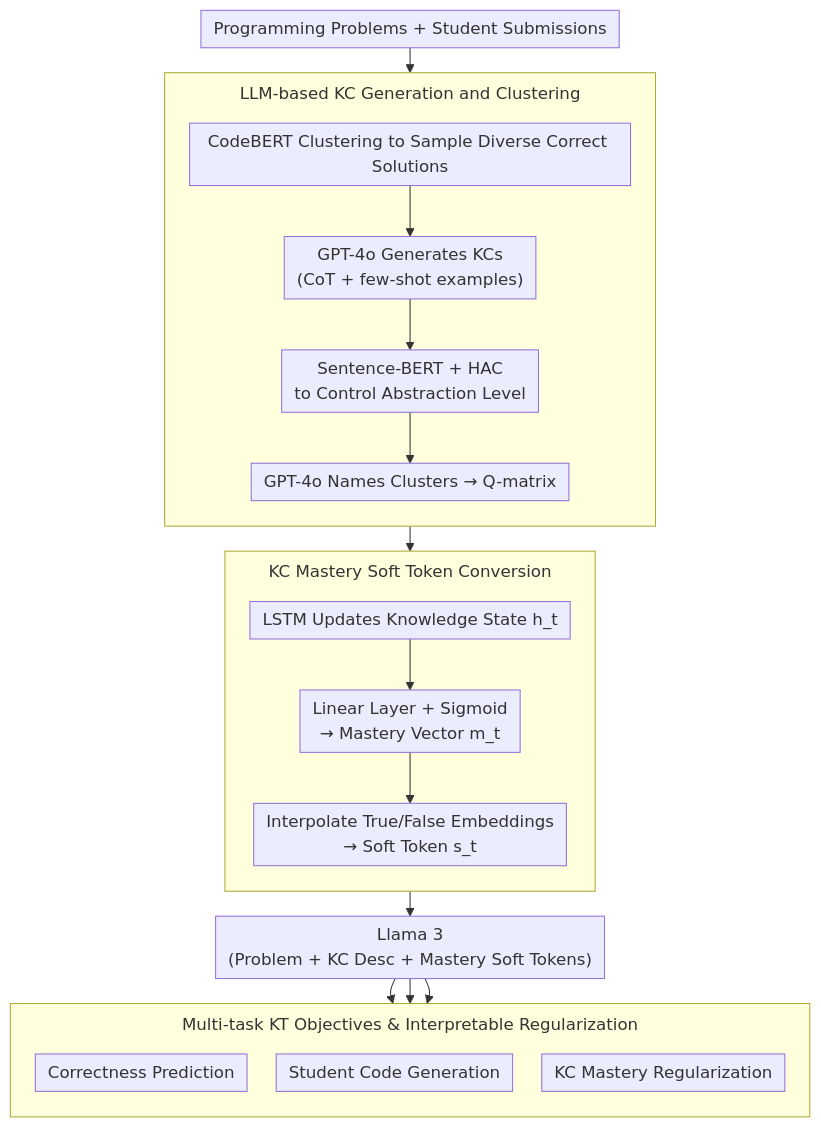
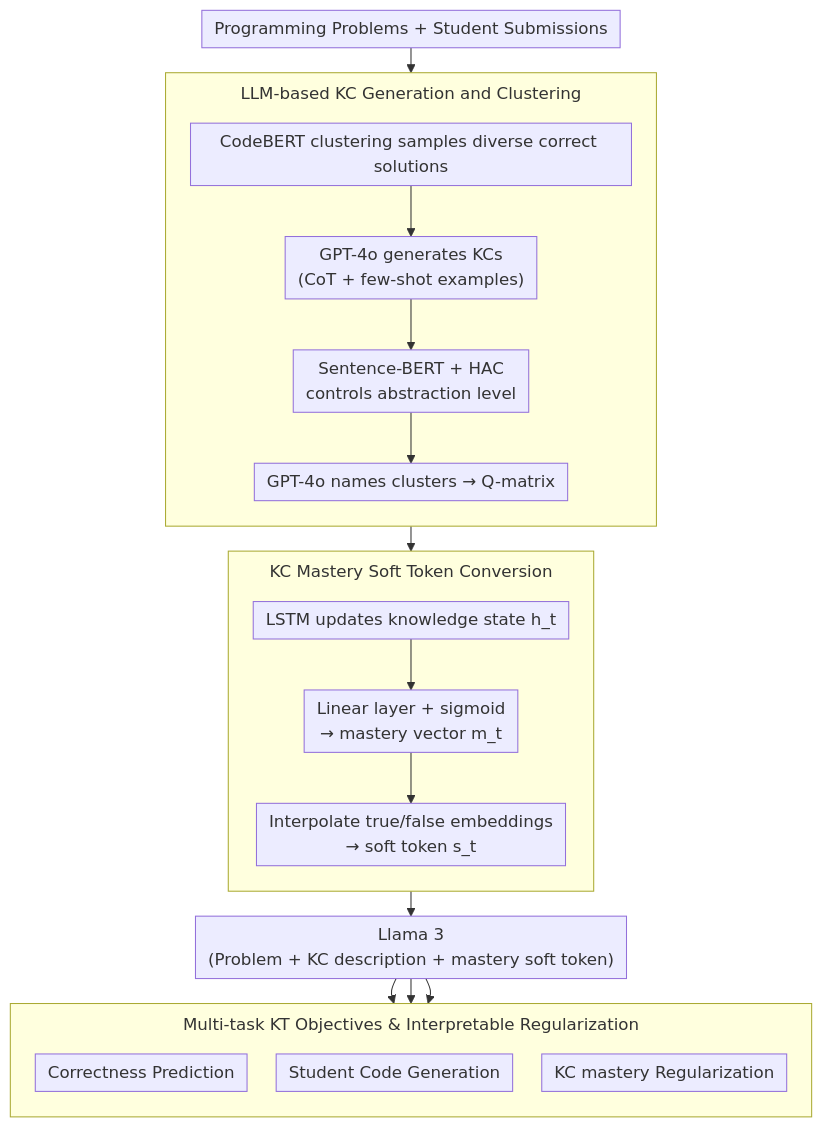
The diagram in docs/ACL2026/others/automated_knowledge_component_generation_for_interpretable_knowledge_tracing_in_.md (zhaoyang97/Paper-Notes-en), drawn with Mermaid before and after one commit. The commit also changed other lines of this file and 5084 other files, not shown here.

````diff
--- a/docs/ACL2026/others/automated_knowledge_component_generation_for_interpretable_knowledge_tracing_in_.md
+++ b/docs/ACL2026/others/automated_knowledge_component_generation_for_interpretable_knowledge_tracing_in_.md
@@ -44,27 +44,27 @@
 ```mermaid
 %%{init: {'flowchart': {'rankSpacing': 24, 'nodeSpacing': 28, 'padding': 6, 'wrappingWidth': 400, 'subGraphTitleMargin': {'top': 8, 'bottom': 16}}}}%%
 flowchart TD
     A["Programming Problems + Student Submissions"] --> S1
     subgraph S1["LLM-based KC Generation and Clustering"]
         direction TB
-        B["CodeBERT Clustering to Sample Diverse Correct Solutions"] --> C["GPT-4o Generates KCs<br/>(CoT + few-shot examples)"]
-        C --> D["Sentence-BERT + HAC<br/>to Control Abstraction Level"]
-        D --> E["GPT-4o Names Clusters → Q-matrix"]
+        B["CodeBERT clustering samples diverse correct solutions"] --> C["GPT-4o generates KCs<br/>(CoT + few-shot examples)"]
+        C --> D["Sentence-BERT + HAC<br/>controls abstraction level"]
+        D --> E["GPT-4o names clusters → Q-matrix"]
     end
     S1 --> S2
     subgraph S2["KC Mastery Soft Token Conversion"]
         direction TB
-        F["LSTM Updates Knowledge State h_t"] --> G["Linear Layer + Sigmoid<br/>→ Mastery Vector m_t"]
-        G --> H["Interpolate True/False Embeddings<br/>→ Soft Token s_t"]
+        F["LSTM updates knowledge state h_t"] --> G["Linear layer + sigmoid<br/>→ mastery vector m_t"]
+        G --> H["Interpolate true/false embeddings<br/>→ soft token s_t"]
     end
-    S2 --> I["Llama 3<br/>(Problem + KC Desc + Mastery Soft Tokens)"]
+    S2 --> I["Llama 3<br/>(Problem + KC description + mastery soft token)"]
     subgraph S3["Multi-task KT Objectives & Interpretable Regularization"]
         direction TB
         J["Correctness Prediction"]
         K["Student Code Generation"]
-        L["KC Mastery Regularization"]
+        L["KC mastery Regularization"]
     end
     I --> J
     I --> K
     I --> L
 ```
````
